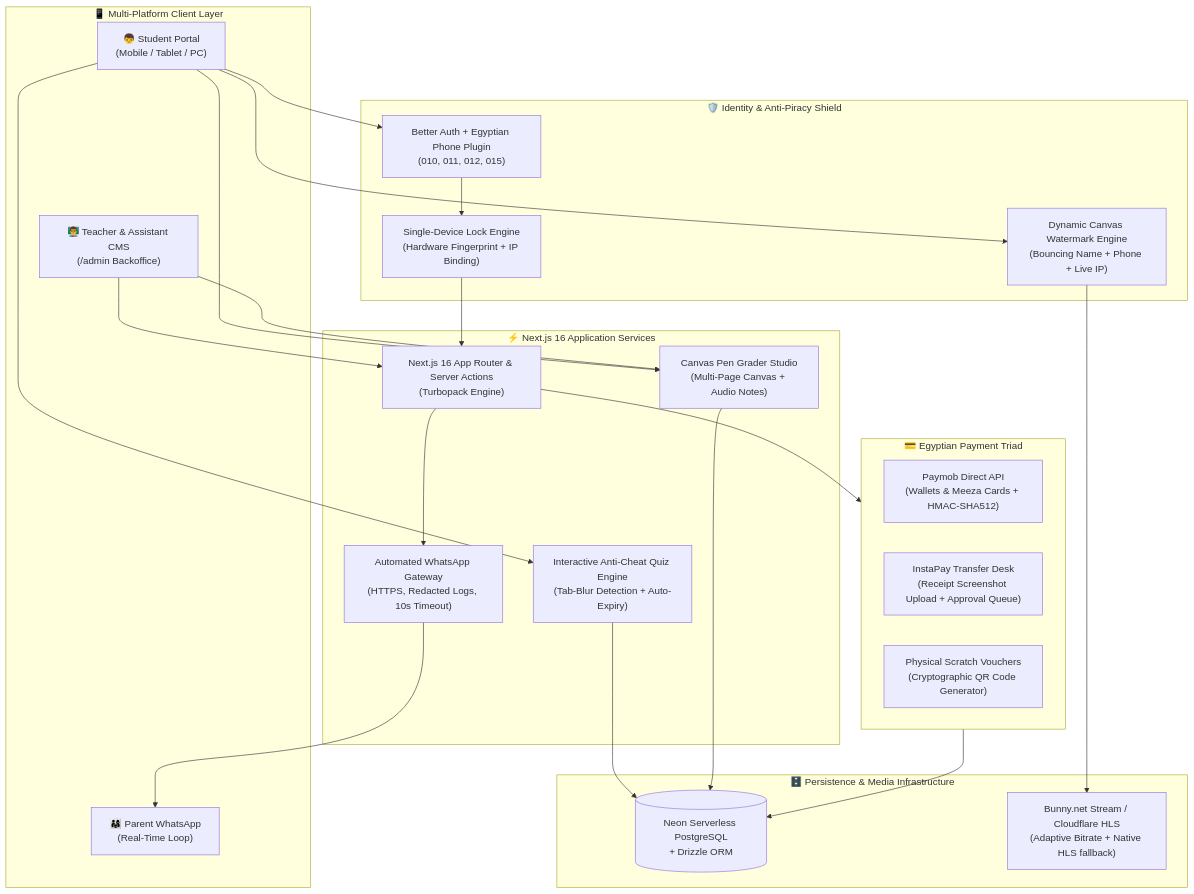
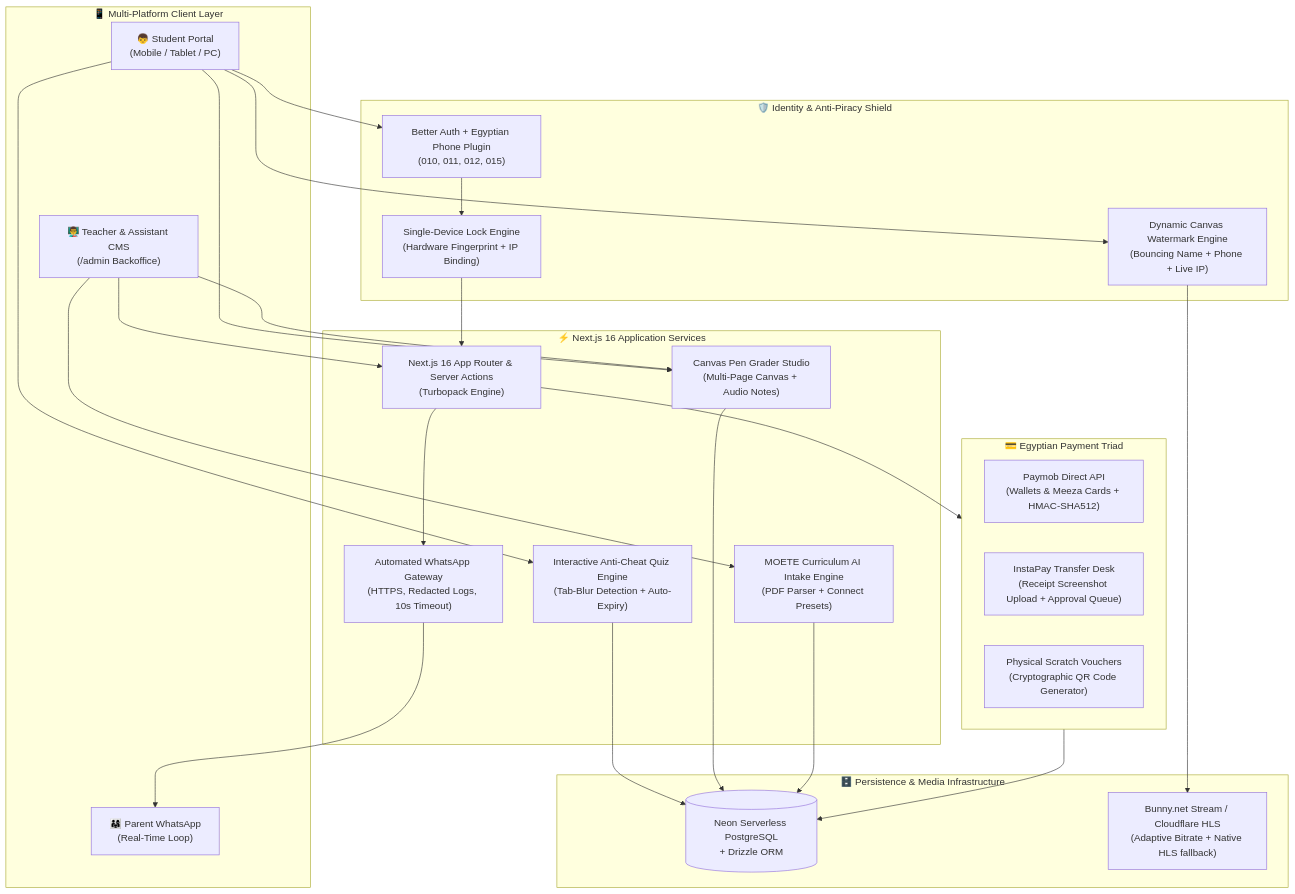
The first of 2 diagrams in README.md (galilio2023/egyptian-lms), drawn with Mermaid before and after one commit. The commit also changed other lines of this file, not shown here.

Commit message:
docs: update README with white-label abstraction and AI curriculum intake engine

````diff
--- a/README.md
+++ b/README.md
@@ -40,41 +41,43 @@
 ```mermaid
 flowchart TB
     subgraph ClientLayer ["📱 Multi-Platform Client Layer"]
         S["👦 Student Portal\n(Mobile / Tablet / PC)"]
         P["👨‍👩‍👧 Parent WhatsApp\n(Real-Time Loop)"]
         T["👨‍🏫 Teacher & Assistant CMS\n(/admin Backoffice)"]
     end
 
     subgraph SecurityAuth ["🛡️ Identity & Anti-Piracy Shield"]
         BA["Better Auth + Egyptian Phone Plugin\n(010, 011, 012, 015)"]
         DEV["Single-Device Lock Engine\n(Hardware Fingerprint + IP Binding)"]
         DRM["Dynamic Canvas Watermark Engine\n(Bouncing Name + Phone + Live IP)"]
     end
 
     subgraph CoreEngine ["⚡ Next.js 16 Application Services"]
         API["Next.js 16 App Router & Server Actions\n(Turbopack Engine)"]
         QUIZ["Interactive Anti-Cheat Quiz Engine\n(Tab-Blur Detection + Auto-Expiry)"]
         PEN["Canvas Pen Grader Studio\n(Multi-Page Canvas + Audio Notes)"]
+        AI["MOETE Curriculum AI Intake Engine\n(PDF Parser + Connect Presets)"]
         WA["Automated WhatsApp Gateway\n(HTTPS, Redacted Logs, 10s Timeout)"]
     end
 
     subgraph PaymentTriad ["💳 Egyptian Payment Triad"]
         PM["Paymob Direct API\n(Wallets & Meeza Cards + HMAC-SHA512)"]
         IP["InstaPay Transfer Desk\n(Receipt Screenshot Upload + Approval Queue)"]
         VC["Physical Scratch Vouchers\n(Cryptographic QR Code Generator)"]
     end
 
     subgraph StorageLayer ["🗄️ Persistence & Media Infrastructure"]
         DB[(Neon Serverless PostgreSQL\n+ Drizzle ORM)]
         CDN["Bunny.net Stream / Cloudflare HLS\n(Adaptive Bitrate + Native HLS fallback)"]
     end
 
     S --> BA --> DEV --> API
     S --> DRM --> CDN
     S --> QUIZ --> DB
     S --> PEN --> DB
+    T --> AI --> DB
     API --> PaymentTriad --> DB
     API --> WA --> P
     T --> PEN
     T --> API
 ```
````
